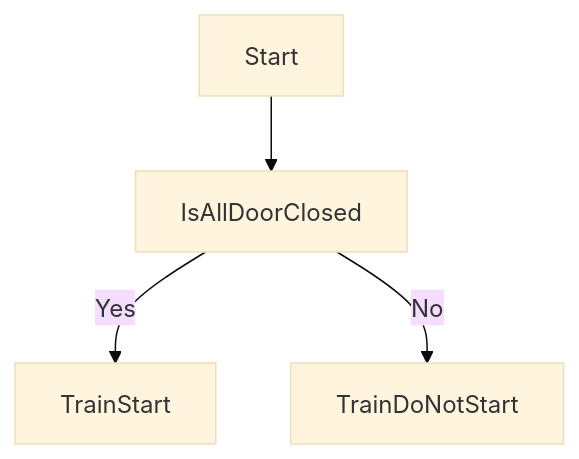
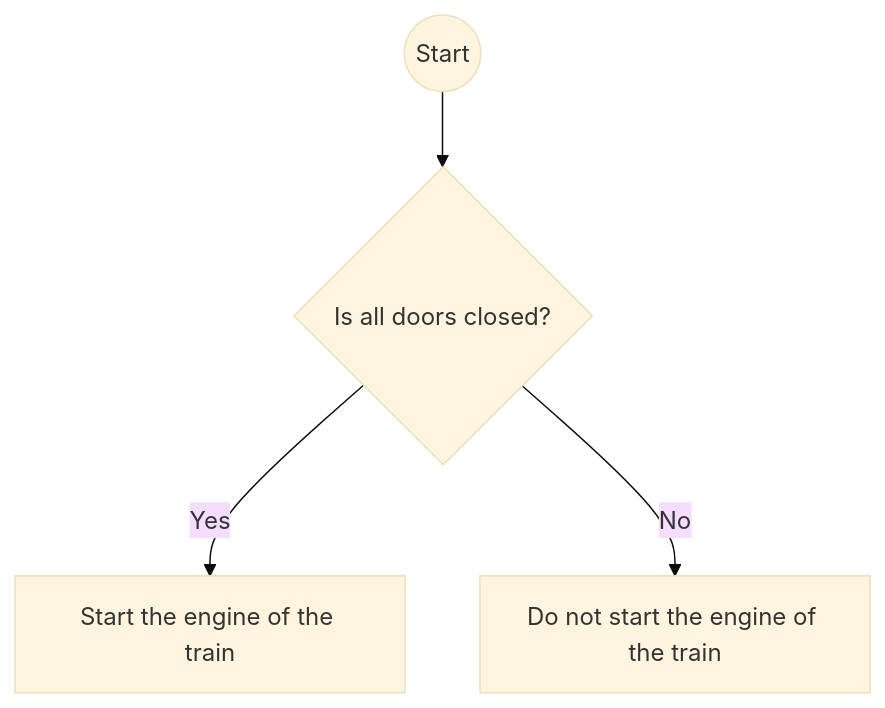
Before and after one commit to Arnab-Developer/TrainSystem: the diagram in README.md, drawn with Mermaid (base theme).

````diff
--- a/README.md
+++ b/README.md
@@ -5,7 +5,12 @@
 ```mermaid
 flowchart
 
-Start --> IsAllDoorClosed
-IsAllDoorClosed -- Yes --> TrainStart
-IsAllDoorClosed -- No --> TrainDoNotStart
+  Start@{ shape: circle, label: "Start" }
+  IsAllDoorClosed@{ shape: diamond, label: "Is all doors closed?" }
+  TrainStart@{ shape: rect, label: "Start the engine of the train" }
+  TrainDoNotStart@{ shape: rect, label: "Do not start the engine of the train" }
+  
+  Start --> IsAllDoorClosed
+  IsAllDoorClosed -- Yes --> TrainStart
+  IsAllDoorClosed -- No --> TrainDoNotStart
 ```
````
